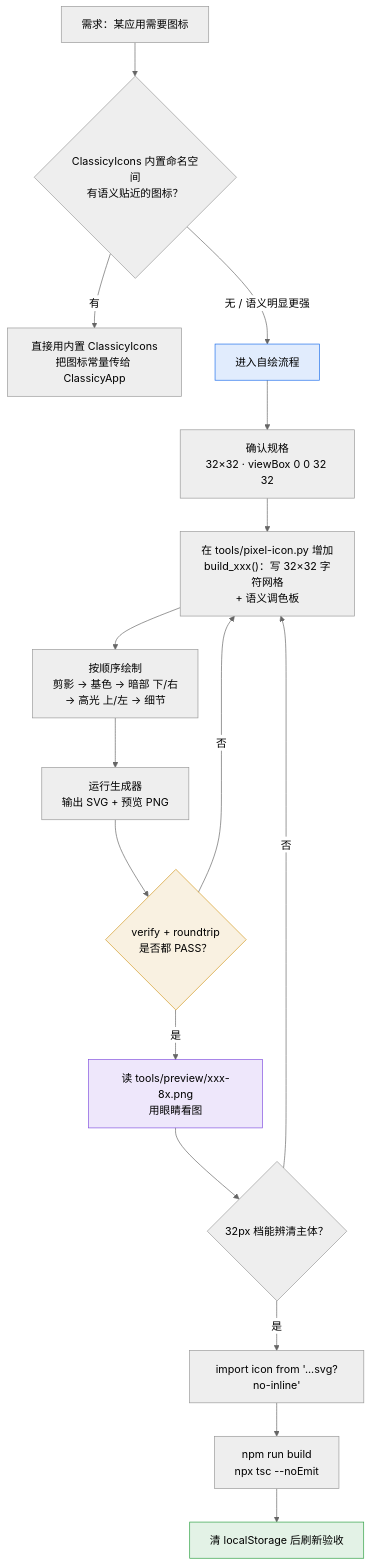
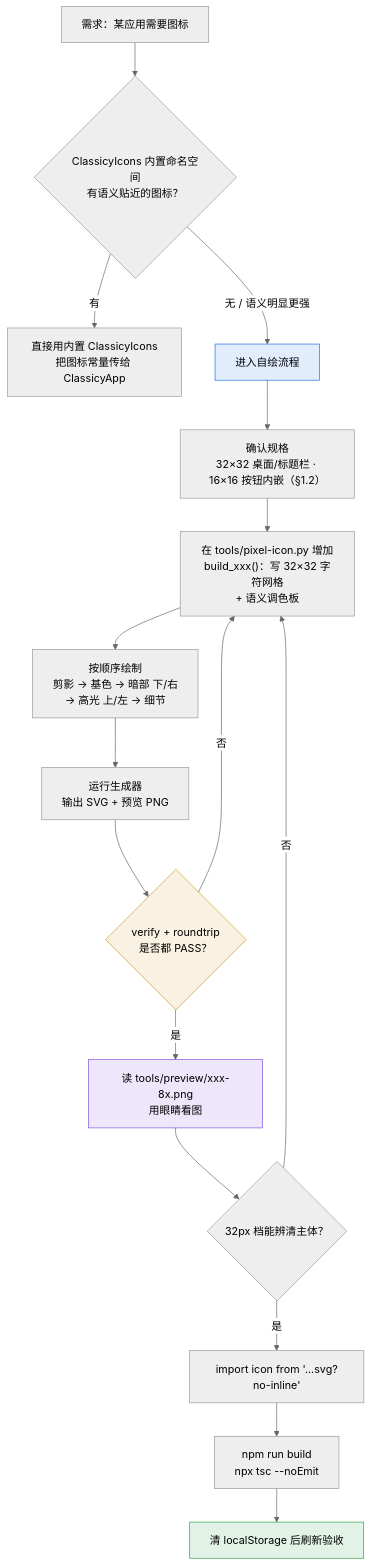
The diagram in docs/icon-pipeline.md (fankangsong/watchdog-os), drawn with Mermaid (neutral theme) before and after one commit. The commit also changed other lines of this file and 17 other files, not shown here.

````diff
--- a/docs/icon-pipeline.md
+++ b/docs/icon-pipeline.md
@@ -11,23 +11,23 @@
 ```mermaid
 flowchart TD
     A["需求：某应用需要图标"] --> B{"ClassicyIcons 内置命名空间<br/>有语义贴近的图标？"}
     B -->|"有"| C["直接用内置 ClassicyIcons<br/>把图标常量传给 ClassicyApp"]
     B -->|"无 / 语义明显更强"| D["进入自绘流程"]
-    D --> E["确认规格<br/>32×32 · viewBox 0 0 32 32"]
+    D --> E["确认规格<br/>32×32 桌面/标题栏 · 16×16 按钮内嵌（§1.2）"]
     E --> F["在 tools/pixel-icon.py 增加<br/>build_xxx()：写 32×32 字符网格<br/>+ 语义调色板"]
     F --> G["按顺序绘制<br/>剪影 → 基色 → 暗部 下/右<br/>→ 高光 上/左 → 细节"]
     G --> H["运行生成器<br/>输出 SVG + 预览 PNG"]
     H --> I{"verify + roundtrip<br/>是否都 PASS？"}
     I -->|"否"| F
     I -->|"是"| J["读 tools/preview/xxx-8x.png<br/>用眼睛看图"]
     J --> K{"32px 档能辨清主体？"}
     K -->|"否"| F
     K -->|"是"| L["import icon from '...svg?no-inline'"]
     L --> M["npm run build<br/>npx tsc --noEmit"]
     M --> N["清 localStorage 后刷新验收"]
 
     style D fill:#1f6feb22,stroke:#1f6feb
     style I fill:#d2992222,stroke:#d29922
     style J fill:#8250df22,stroke:#8250df
     style N fill:#2ea04322,stroke:#2ea043
 ```
````
